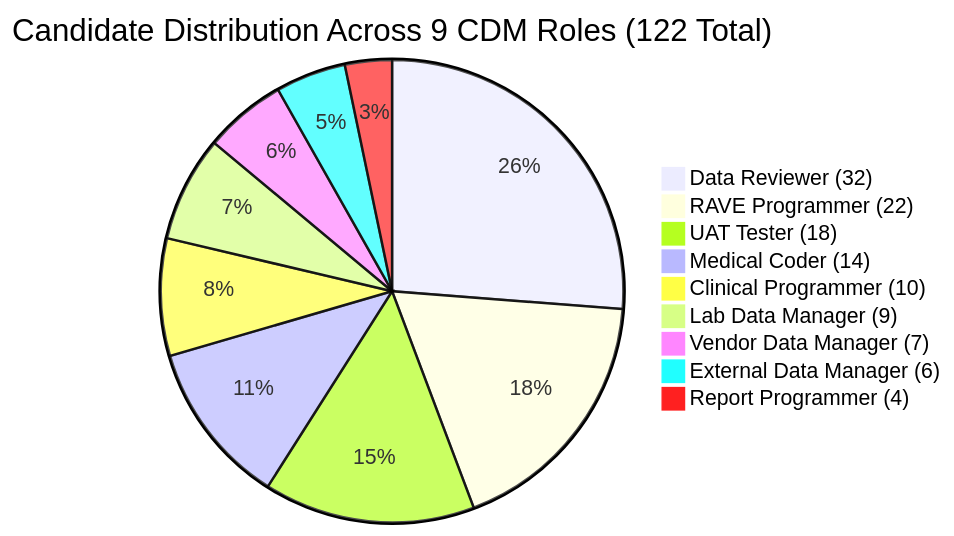
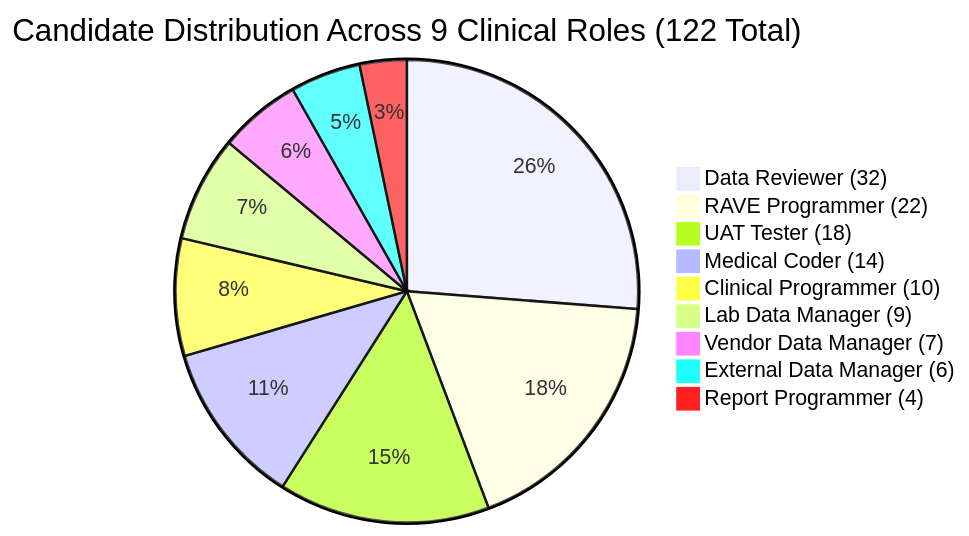
Before and after one commit to Narasimha755/Talent-intelligence-dashboard: the first of 2 diagrams in README.md, drawn with Mermaid. The commit also changed other lines of this file and 7 other files, not shown here.

Commit message:
Remove CDM across all files, documentation, titles, and datasets, replacing with Clinical / Talent Intelligence

````diff
--- a/README.md
+++ b/README.md
@@ -41,12 +41,12 @@
 ```mermaid
-pie title Candidate Distribution Across 9 CDM Roles (122 Total)
+pie title Candidate Distribution Across 9 Clinical Roles (122 Total)
     "Data Reviewer (32)" : 32
     "RAVE Programmer (22)" : 22
     "UAT Tester (18)" : 18
     "Medical Coder (14)" : 14
     "Clinical Programmer (10)" : 10
     "Lab Data Manager (9)" : 9
     "Vendor Data Manager (7)" : 7
     "External Data Manager (6)" : 6
     "Report Programmer (4)" : 4
 ```
````
